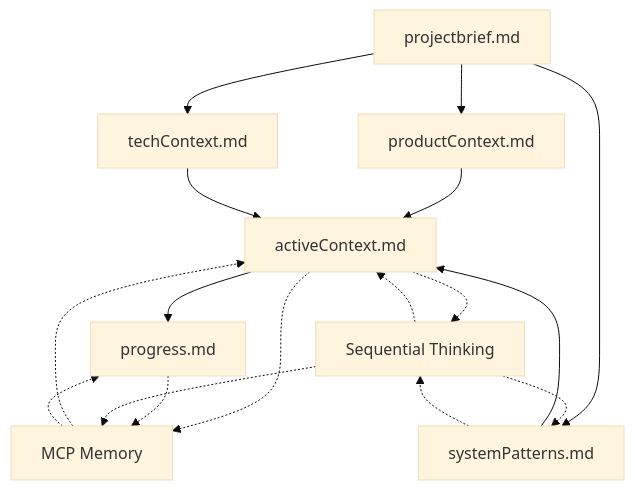
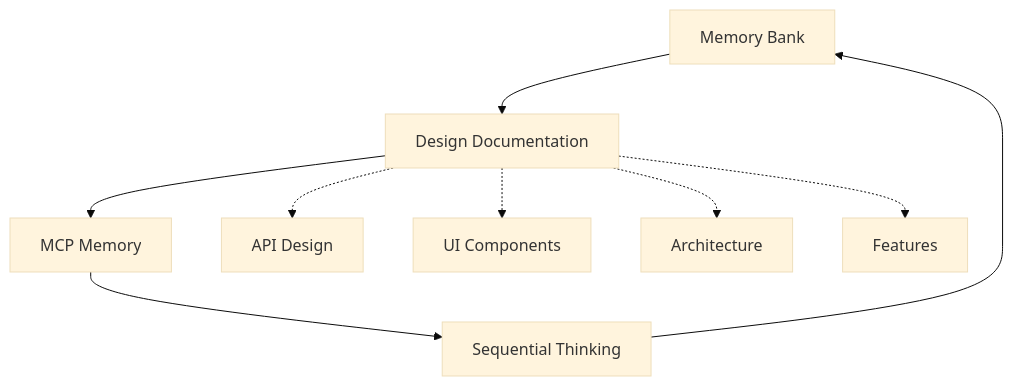
The first of 2 diagrams in .cursor/rules/main.instructions.mdc (vinhltt/3_tihomo), drawn with Mermaid (base theme) before and after one commit. The commit also changed other lines of this file and 1 other file, not shown here.

````diff
--- a/.cursor/rules/main.instructions.mdc
+++ b/.cursor/rules/main.instructions.mdc
@@ -34,25 +21,12 @@
 ```mermaid
 flowchart TD
-    PB[projectbrief.md] --> PC[productContext.md]
-    PB --> SP[systemPatterns.md]
-    PB --> TC[techContext.md]
+    MB[Memory Bank] --> DD[Design Documentation]
+    DD --> MCP[MCP Memory]
+    MCP --> ST[Sequential Thinking]
+    ST --> MB
     
-    PC --> AC[activeContext.md]
-    SP --> AC
-    TC --> AC
-    
-    AC --> P[progress.md]
-    
-    %% MCP Integration
-    MCP[MCP Memory] -.-> AC
-    MCP -.-> P
-    AC -.-> MCP
-    P -.-> MCP
-    
-    %% Sequential Thinking Integration
-    ST[Sequential Thinking] -.-> AC
-    ST -.-> SP
-    ST -.-> MCP
-    AC -.-> ST
-    SP -.-> ST
+    DD -.-> API[API Design]
+    DD -.-> UI[UI Components]
+    DD -.-> ARCH[Architecture]
+    DD -.-> FEAT[Features]
 ```
````
